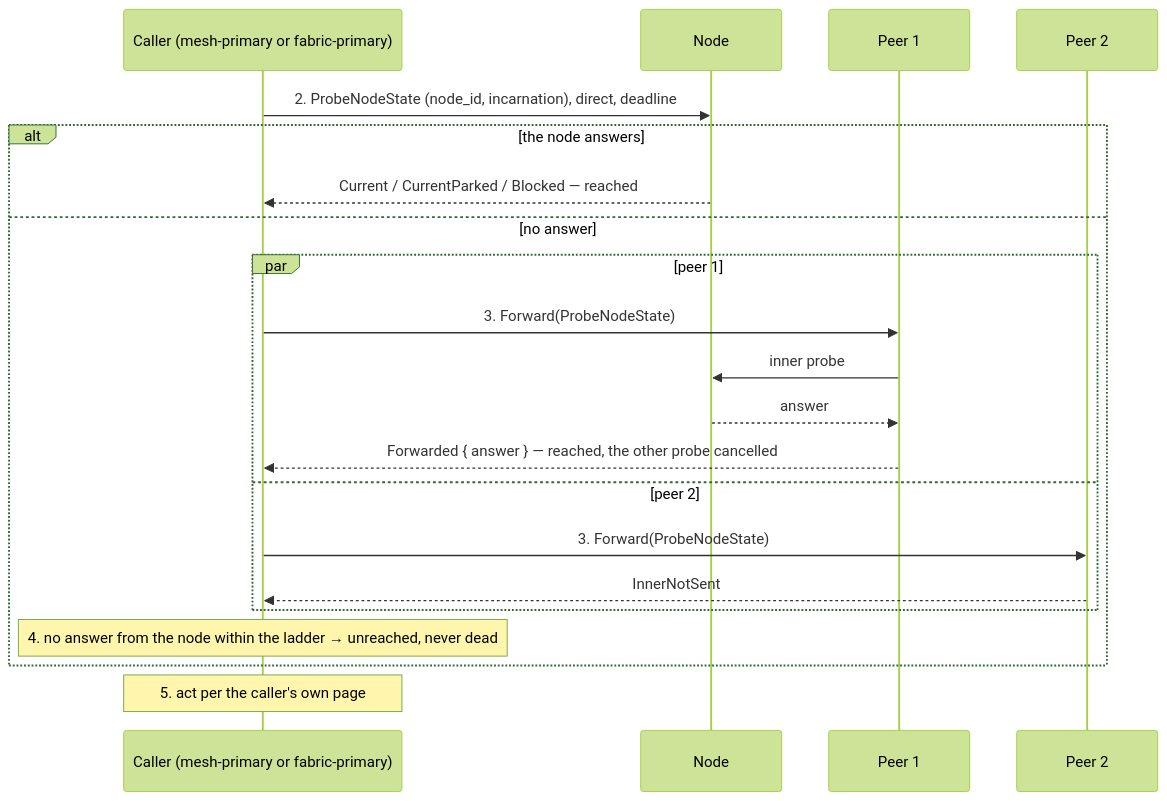
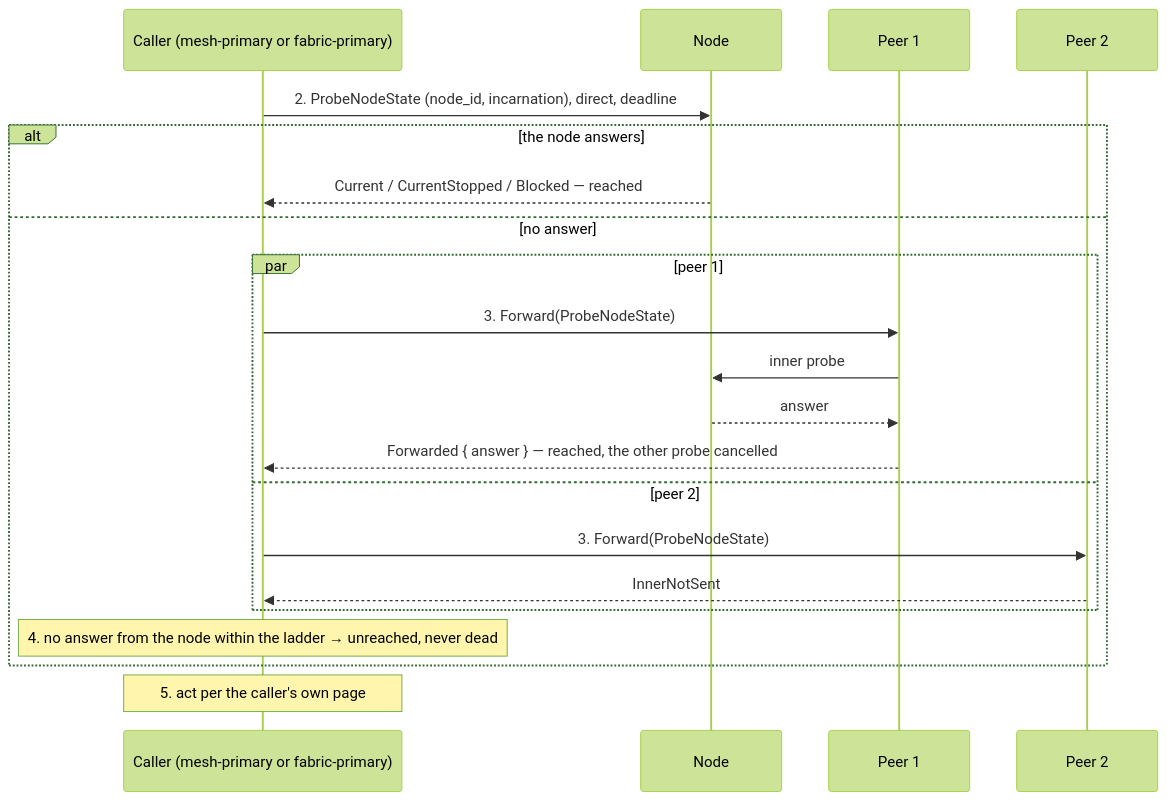
One commit to drlukeangel/rust-distributed-mesh changed the diagram in docs/architecture/lifecycles/node-tickle.md. Above: the diagram before and after it, drawn with Mermaid (forest theme). The commit also changed other lines of this file and 109 other files, not shown here.

````diff
--- a/docs/architecture/lifecycles/node-tickle.md
+++ b/docs/architecture/lifecycles/node-tickle.md
@@ -109,23 +109,23 @@
 ```mermaid
 sequenceDiagram
     participant C as Caller (mesh-primary or fabric-primary)
     participant N as Node
     participant P1 as Peer 1
     participant P2 as Peer 2
     C->>N: 2. ProbeNodeState (node_id, incarnation), direct, deadline
     alt the node answers
-        N-->>C: Current / CurrentParked / Blocked — reached
+        N-->>C: Current / CurrentStopped / Blocked — reached
     else no answer
         par peer 1
             C->>P1: 3. Forward(ProbeNodeState)
             P1->>N: inner probe
             N-->>P1: answer
             P1-->>C: Forwarded { answer } — reached, the other probe cancelled
         and peer 2
             C->>P2: 3. Forward(ProbeNodeState)
             P2-->>C: InnerNotSent
         end
         Note over C: 4. no answer from the node within the ladder → unreached, never dead
     end
     Note over C: 5. act per the caller's own page
 ```
````
